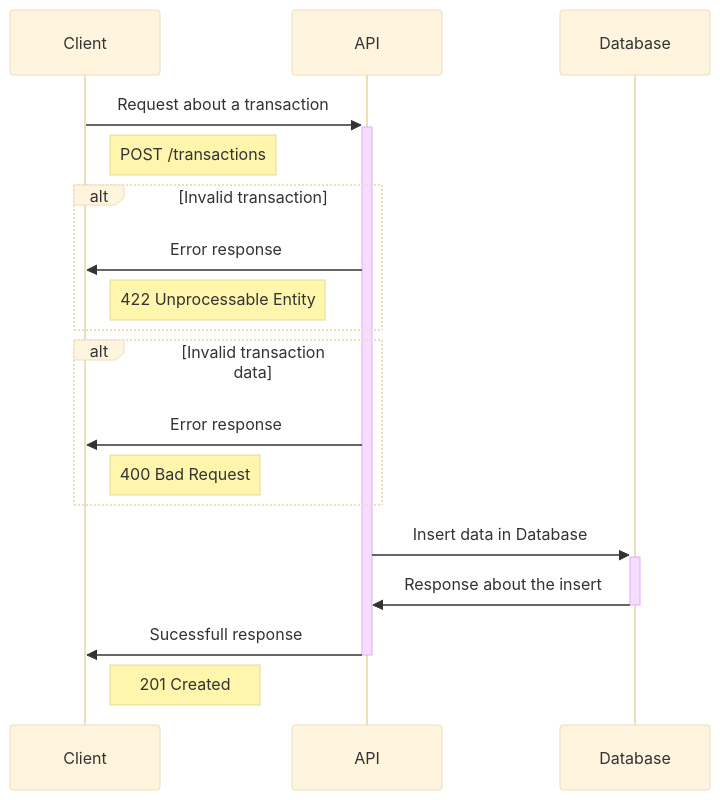
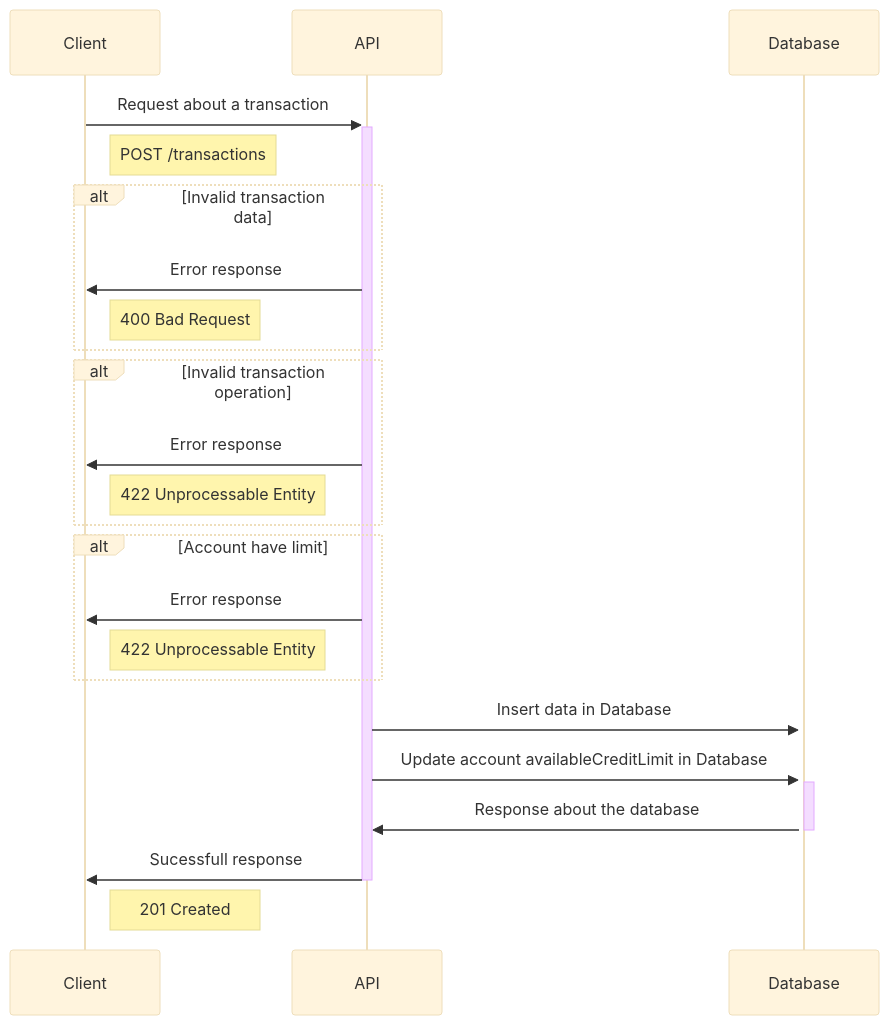
Before and after one commit to gabrielmvnog/bank-account: the fourth of 5 diagrams in README.md, drawn with Mermaid (base theme). The commit also changed other lines of this file and 7 other files, not shown here.

Commit message:
feat: validate transaction with account limit

````diff
--- a/README.md
+++ b/README.md
@@ -157,21 +152,28 @@
 ```mermaid
 sequenceDiagram
     Client->>+API: Request about a transaction
     Note right of Client: POST /transactions
-
-    alt Invalid transaction
-        API->>Client: Error response
-        Note right of Client: 422 Unprocessable Entity
-    end
 
     alt Invalid transaction data
         API->>Client: Error response
         Note right of Client: 400 Bad Request
     end
 
-    API->>+Database: Insert data in Database    
-    Database->>-API: Response about the insert    
+    alt Invalid transaction operation
+        API->>Client: Error response
+        Note right of Client: 422 Unprocessable Entity
+    end
+
+    alt Account have limit
+        API->>Client: Error response
+        Note right of Client: 422 Unprocessable Entity
+    end
+
+    API->>+Database: Insert data in Database
+    API->>+Database: Update account availableCreditLimit in Database
+
+    Database->>-API: Response about the database    
 
     API->>-Client: Sucessfull response
     Note right of Client: 201 Created
 ```
````
